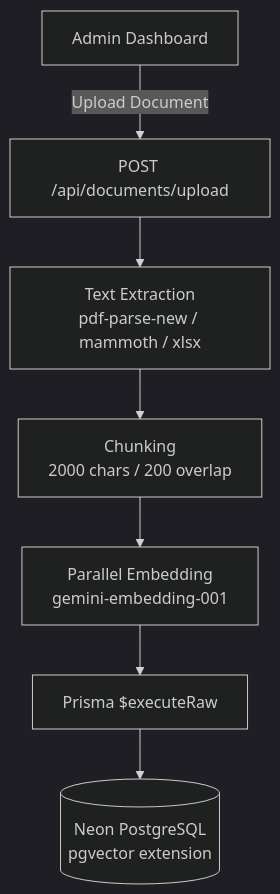
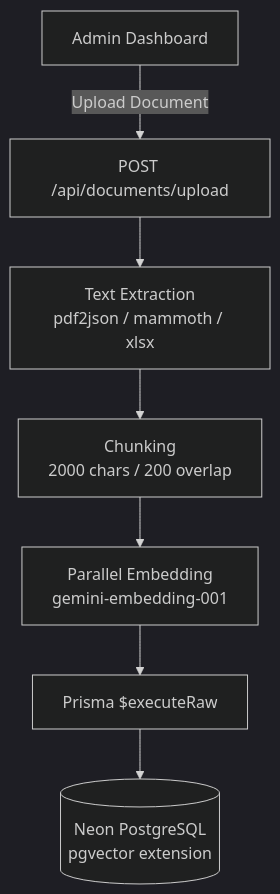
The first of 2 diagrams in README.md (dexisback/gaspy), drawn with Mermaid (dark theme) before and after one commit. The commit also changed other lines of this file and 3 other files, not shown here.

````diff
--- a/README.md
+++ b/README.md
@@ -25,9 +27,9 @@
 ```mermaid
 flowchart TD
     A[Admin Dashboard] -->|Upload Document| B[POST /api/documents/upload]
-    B --> C[Text Extraction<br/>pdf-parse-new / mammoth / xlsx]
+    B --> C[Text Extraction<br/>pdf2json / mammoth / xlsx]
     C --> D[Chunking<br/>2000 chars / 200 overlap]
     D --> E[Parallel Embedding<br/>gemini-embedding-001]
     E --> F[Prisma $executeRaw]
     F --> G[(Neon PostgreSQL<br/>pgvector extension)]
 ```
````
